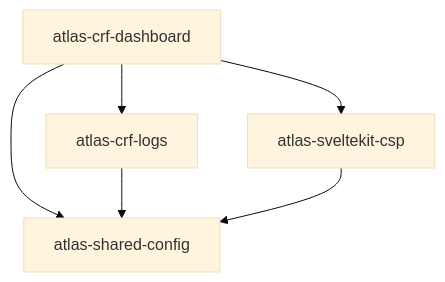
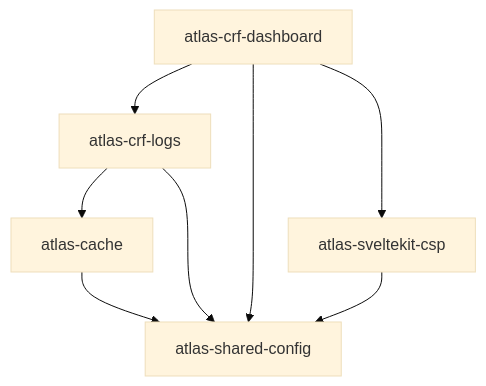
One commit to univ-lehavre/atlas changed the second of 19 diagrams in docs/src/content/docs/architecture/packages.md. Above: the diagram before and after it, drawn with Mermaid (base theme). The commit also changed other lines of this file, not shown here.

First line of the commit message:
docs(cache): régénérer la carte des packages (ajout atlas-cache)

````diff
--- a/docs/src/content/docs/architecture/packages.md
+++ b/docs/src/content/docs/architecture/packages.md
@@ -239,12 +240,15 @@
 ```mermaid
 flowchart TD
+  _univ_lehavre_atlas_cache["atlas-cache"]
   _univ_lehavre_atlas_crf_dashboard["atlas-crf-dashboard"]
   _univ_lehavre_atlas_crf_logs["atlas-crf-logs"]
   _univ_lehavre_atlas_shared_config["atlas-shared-config"]
   _univ_lehavre_atlas_sveltekit_csp["atlas-sveltekit-csp"]
+  _univ_lehavre_atlas_cache --> _univ_lehavre_atlas_shared_config
   _univ_lehavre_atlas_crf_dashboard --> _univ_lehavre_atlas_crf_logs
   _univ_lehavre_atlas_crf_dashboard --> _univ_lehavre_atlas_shared_config
   _univ_lehavre_atlas_crf_dashboard --> _univ_lehavre_atlas_sveltekit_csp
+  _univ_lehavre_atlas_crf_logs --> _univ_lehavre_atlas_cache
   _univ_lehavre_atlas_crf_logs --> _univ_lehavre_atlas_shared_config
   _univ_lehavre_atlas_sveltekit_csp --> _univ_lehavre_atlas_shared_config
 ```
````
